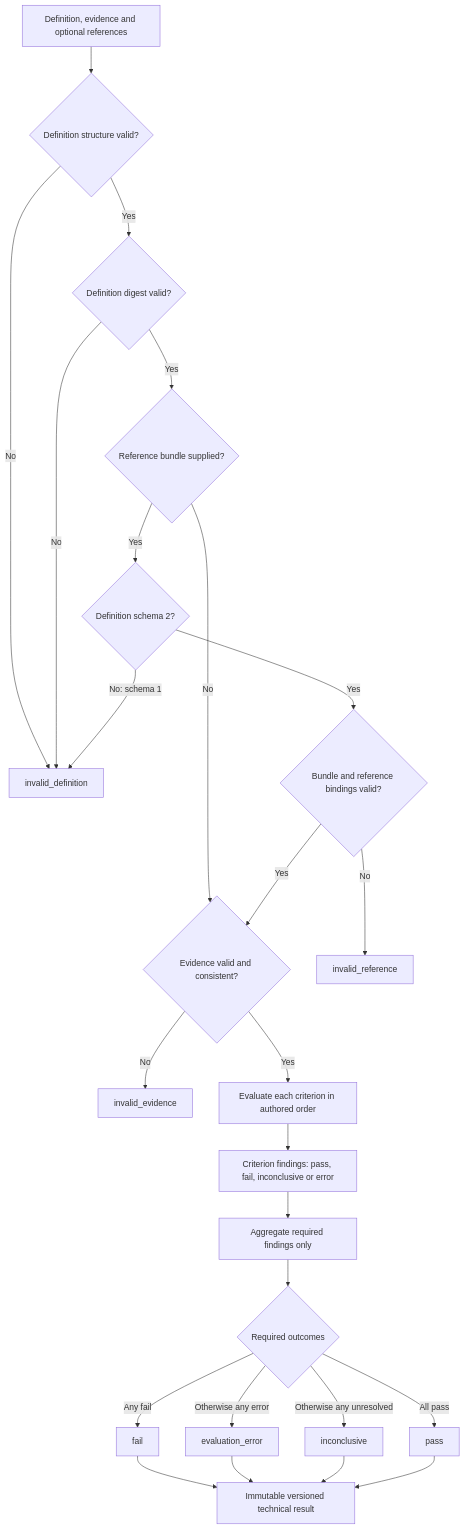
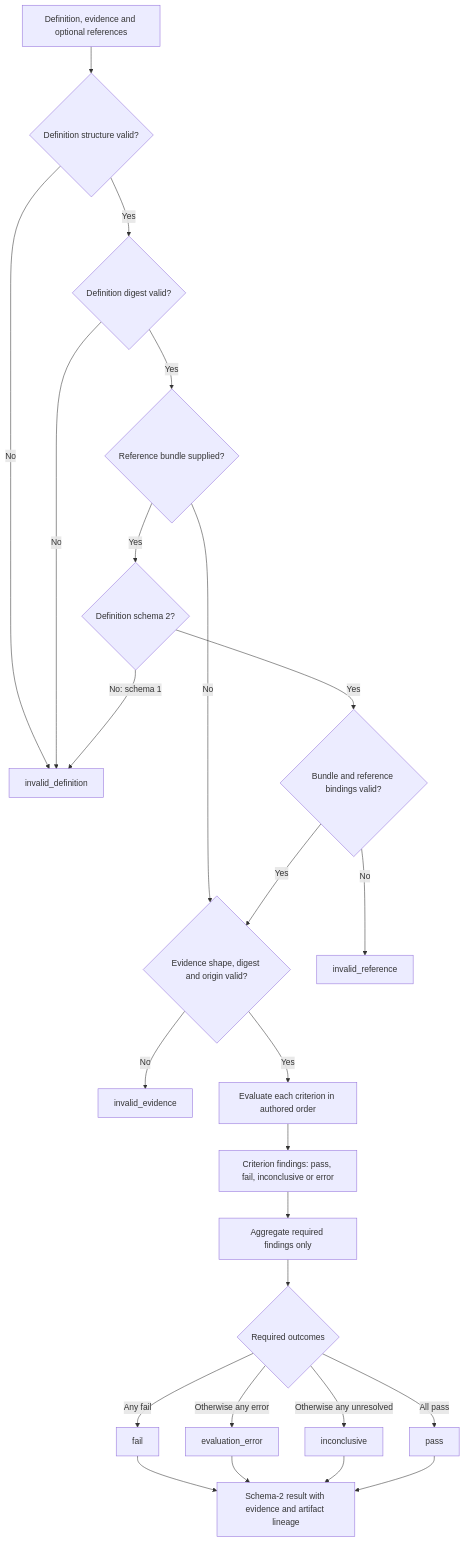
Before and after one commit to 0xbuffdev/assay: the second of 4 diagrams in README.md, drawn with Mermaid. The commit also changed other lines of this file and 7 other files, not shown here.

Commit message:
docs(assay): document schema-2 evidence and scoped provenance migration

````diff
--- a/README.md
+++ b/README.md
@@ -66,27 +66,27 @@
 ```mermaid
 flowchart TD
     Start["Definition, evidence and optional references"] --> Validate{"Definition structure valid?"}
     Validate -->|No| InvalidDefinition["invalid_definition"]
     Validate -->|Yes| Digest{"Definition digest valid?"}
     Digest -->|No| InvalidDefinition
     Digest -->|Yes| Supplied{"Reference bundle supplied?"}
-    Supplied -->|No| EvidenceCheck{"Evidence valid and consistent?"}
+    Supplied -->|No| EvidenceCheck{"Evidence shape, digest and origin valid?"}
     Supplied -->|Yes| Schema{"Definition schema 2?"}
     Schema -->|"No: schema 1"| InvalidDefinition
     Schema -->|Yes| ReferenceCheck{"Bundle and reference bindings valid?"}
     ReferenceCheck -->|No| InvalidReference["invalid_reference"]
     ReferenceCheck -->|Yes| EvidenceCheck
     EvidenceCheck -->|No| InvalidEvidence["invalid_evidence"]
     EvidenceCheck -->|Yes| Compare["Evaluate each criterion in authored order"]
     Compare --> Findings["Criterion findings: pass, fail, inconclusive or error"]
     Findings --> Required["Aggregate required findings only"]
     Required --> Outcome{"Required outcomes"}
     Outcome -->|"Any fail"| Fail["fail"]
     Outcome -->|"Otherwise any error"| Error["evaluation_error"]
     Outcome -->|"Otherwise any unresolved"| Inconclusive["inconclusive"]
     Outcome -->|"All pass"| Pass["pass"]
-    Fail --> Result["Immutable versioned technical result"]
+    Fail --> Result["Schema-2 result with evidence and artifact lineage"]
     Error --> Result
     Inconclusive --> Result
     Pass --> Result
 ```
````
